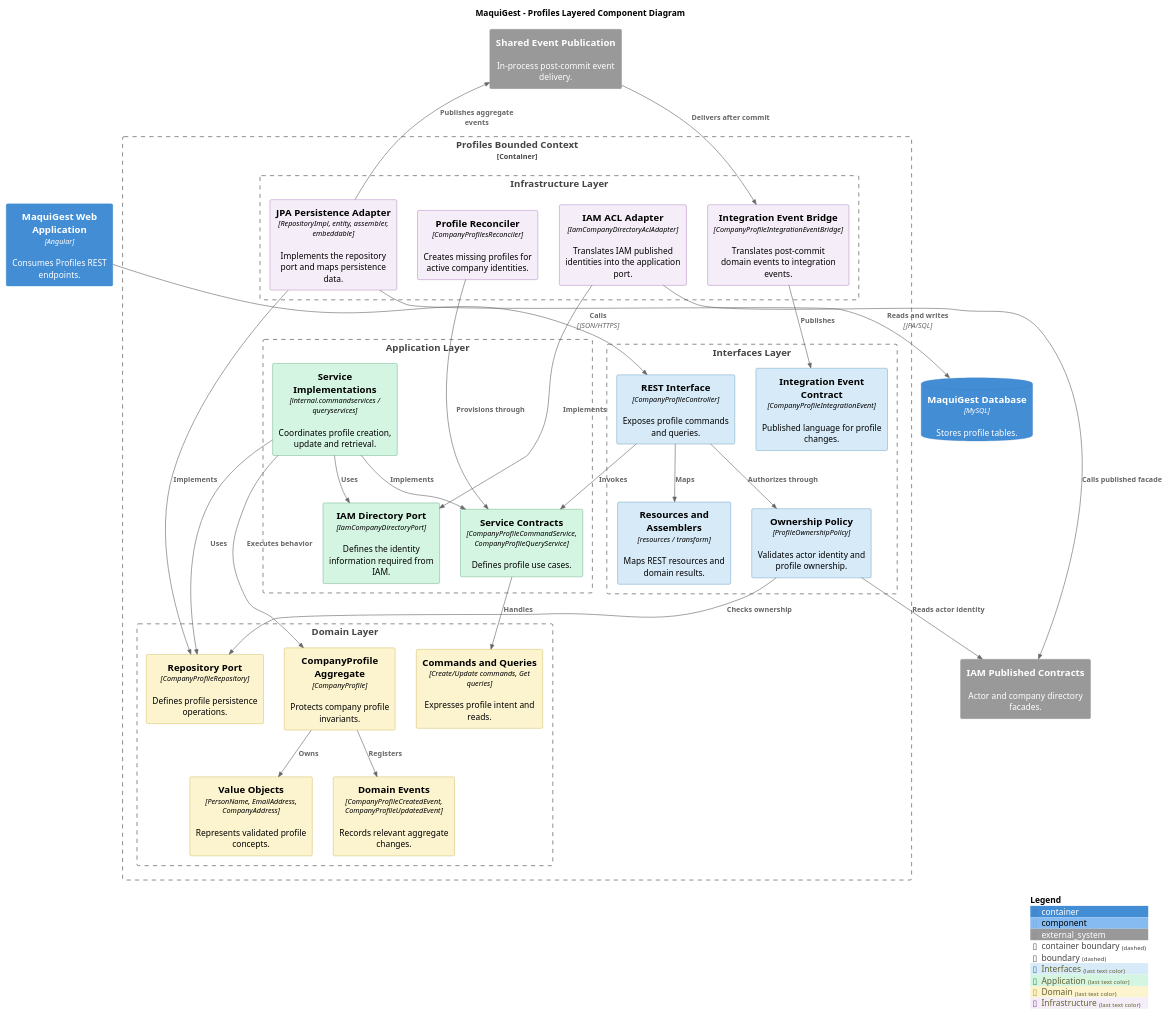
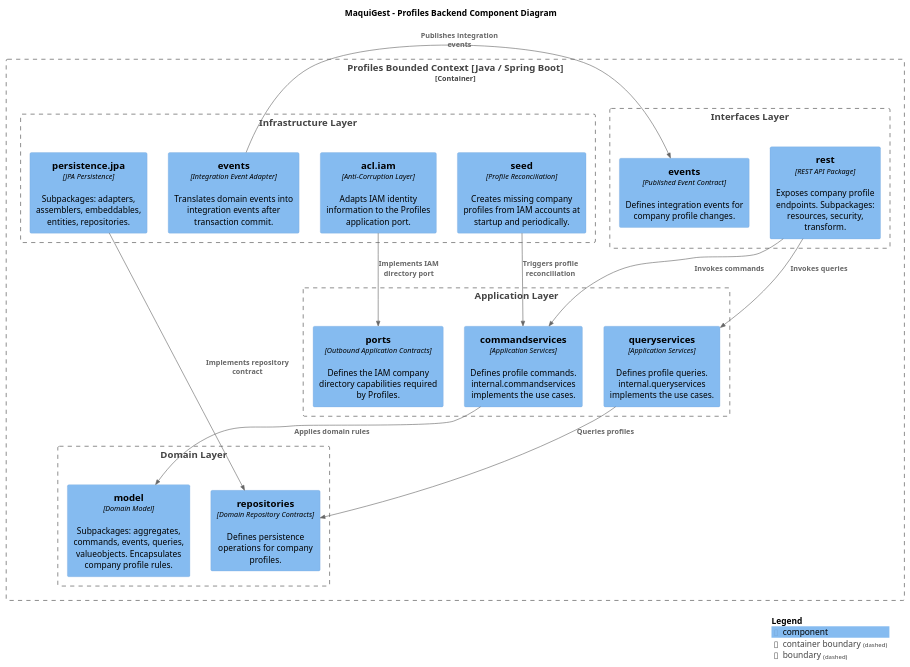
One commit to upc-pre-202620-1asi0729-7750-cleancode/maquigest-report changed the diagram in assets/plantuml/chapter-4/c4/component/backend/maquigest-backend-profiles-component-diagram.puml. Above: the diagram before and after it, drawn with PlantUML. The commit also changed other lines of this file and 13 other files, not shown here.

Commit message:
docs(diagrams): update component diagrams

```diff
--- a/assets/plantuml/chapter-4/c4/component/backend/maquigest-backend-profiles-component-diagram.puml
+++ b/assets/plantuml/chapter-4/c4/component/backend/maquigest-backend-profiles-component-diagram.puml
@@ -1,65 +2,52 @@
 @startuml
-!include _includes/C4_Component.puml
+!include <C4/C4_Component>
+
 LAYOUT_TOP_DOWN()
-AddElementTag("Interfaces", $bgColor="#D6EAF8", $borderColor="#2471A3")
-AddElementTag("Application", $bgColor="#D5F5E3", $borderColor="#1E8449")
-AddElementTag("Domain", $bgColor="#FCF3CF", $borderColor="#B7950B")
-AddElementTag("Infrastructure", $bgColor="#F5EEF8", $borderColor="#7D3C98")
-title MaquiGest - Profiles Layered Component Diagram
 
-Container(spa, "MaquiGest Web Application", "Angular", "Consumes Profiles REST endpoints.")
-System_Ext(iam, "IAM Published Contracts", "Actor and company directory facades.")
-ContainerDb(db, "MaquiGest Database", "MySQL", "Stores profile tables.")
-System_Ext(shared, "Shared Event Publication", "In-process post-commit event delivery.")
+title MaquiGest - Profiles Backend Component Diagram
 
-Container_Boundary(context, "Profiles Bounded Context") {
-  Boundary(interfaces_layer, "Interfaces Layer") {
-    Component(profilesRest, "REST Interface", "CompanyProfileController", "Exposes profile commands and queries.", $tags="Interfaces")
-    Component(profilesPolicy, "Ownership Policy", "ProfileOwnershipPolicy", "Validates actor identity and profile ownership.", $tags="Interfaces")
-    Component(profilesResources, "Resources and Assemblers", "resources / transform", "Maps REST resources and domain results.", $tags="Interfaces")
-    Component(profilesEventContract, "Integration Event Contract", "CompanyProfileIntegrationEvent", "Published language for profile changes.", $tags="Interfaces")
-  }
-  Boundary(application_layer, "Application Layer") {
-    Component(profilesServices, "Service Contracts", "CompanyProfileCommandService, CompanyProfileQueryService", "Defines profile use cases.", $tags="Application")
-    Component(profilesImpl, "Service Implementations", "internal.commandservices / queryservices", "Coordinates profile creation, update and retrieval.", $tags="Application")
-    Component(profilesIamPort, "IAM Directory Port", "IamCompanyDirectoryPort", "Defines the identity information required from IAM.", $tags="Application")
-  }
-  Boundary(domain_layer, "Domain Layer") {
-    Component(profilesAggregate, "CompanyProfile Aggregate", "CompanyProfile", "Protects company profile invariants.", $tags="Domain")
-    Component(profilesValues, "Value Objects", "PersonName, EmailAddress, CompanyAddress", "Represents validated profile concepts.", $tags="Domain")
-    Component(profilesMessages, "Commands and Queries", "Create/Update commands, Get queries", "Expresses profile intent and reads.", $tags="Domain")
-    Component(profilesEvents, "Domain Events", "CompanyProfileCreatedEvent, CompanyProfileUpdatedEvent", "Records relevant aggregate changes.", $tags="Domain")
-    Component(profilesRepo, "Repository Port", "CompanyProfileRepository", "Defines profile persistence operations.", $tags="Domain")
-  }
-  Boundary(infrastructure_layer, "Infrastructure Layer") {
-    Component(profilesPersistence, "JPA Persistence Adapter", "RepositoryImpl, entity, assembler, embeddable", "Implements the repository port and maps persistence data.", $tags="Infrastructure")
-    Component(profilesIamAdapter, "IAM ACL Adapter", "IamCompanyDirectoryAclAdapter", "Translates IAM published identities into the application port.", $tags="Infrastructure")
-    Component(profilesReconciler, "Profile Reconciler", "CompanyProfilesReconciler", "Creates missing profiles for active company identities.", $tags="Infrastructure")
-    Component(profilesBridge, "Integration Event Bridge", "CompanyProfileIntegrationEventBridge", "Translates post-commit domain events to integration events.", $tags="Infrastructure")
-  }
+Container_Boundary(profiles, "Profiles Bounded Context [Java / Spring Boot]") {
+
+    Boundary(interfaces_layer, "Interfaces Layer") {
+        Component(rest, "rest", "REST API Package", "Exposes company profile endpoints. Subpackages: resources, security, transform.")
+        Component(interface_events, "events", "Published Event Contract", "Defines integration events for company profile changes.")
+    }
+
+    Boundary(application_layer, "Application Layer") {
+        Component(app_commands, "commandservices", "Application Services", "Defines profile commands. internal.commandservices implements the use cases.")
+        Component(app_queries, "queryservices", "Application Services", "Defines profile queries. internal.queryservices implements the use cases.")
+        Component(app_ports, "ports", "Outbound Application Contracts", "Defines the IAM company directory capabilities required by Profiles.")
+    }
+
+    Boundary(domain_layer, "Domain Layer") {
+        Component(domain_model, "model", "Domain Model", "Subpackages: aggregates, commands, events, queries, valueobjects. Encapsulates company profile rules.")
+        Component(domain_repositories, "repositories", "Domain Repository Contracts", "Defines persistence operations for company profiles.")
+    }
+
+    Boundary(infrastructure_layer, "Infrastructure Layer") {
+        Component(jpa, "persistence.jpa", "JPA Persistence", "Subpackages: adapters, assemblers, embeddables, entities, repositories.")
+        Component(iam_acl, "acl.iam", "Anti-Corruption Layer", "Adapts IAM identity information to the Profiles application port.")
+        Component(event_bridge, "events", "Integration Event Adapter", "Translates domain events into integration events after transaction commit.")
+        Component(seed, "seed", "Profile Reconciliation", "Creates missing company profiles from IAM accounts at startup and periodically.")
+    }
 }
 
-Rel(spa, profilesRest, "Calls", "JSON/HTTPS")
-Rel(profilesRest, profilesPolicy, "Authorizes through")
-Rel(profilesPolicy, iam, "Reads actor identity")
-Rel(profilesPolicy, profilesRepo, "Checks ownership")
-Rel(profilesRest, profilesResources, "Maps")
-Rel(profilesRest, profilesServices, "Invokes")
-Rel(profilesImpl, profilesServices, "Implements")
-Rel(profilesImpl, profilesAggregate, "Executes behavior")
-Rel(profilesImpl, profilesRepo, "Uses")
-Rel(profilesImpl, profilesIamPort, "Uses")
-Rel(profilesServices, profilesMessages, "Handles")
-Rel(profilesAggregate, profilesValues, "Owns")
-Rel(profilesAggregate, profilesEvents, "Registers")
-Rel(profilesPersistence, profilesRepo, "Implements")
-Rel(profilesPersistence, db, "Reads and writes", "JPA/SQL")
-Rel(profilesIamAdapter, profilesIamPort, "Implements")
-Rel(profilesIamAdapter, iam, "Calls published facade")
-Rel(profilesReconciler, profilesServices, "Provisions through")
-Rel(profilesPersistence, shared, "Publishes aggregate events")
-Rel(shared, profilesBridge, "Delivers after commit")
-Rel(profilesBridge, profilesEventContract, "Publishes")
+Rel(rest, app_commands, "Invokes commands")
+Rel(rest, app_queries, "Invokes queries")
+
+Rel(app_commands, domain_model, "Applies domain rules")
+Rel(app_queries, domain_repositories, "Queries profiles")
+
+Rel(jpa, domain_repositories, "Implements repository contract")
+Rel(iam_acl, app_ports, "Implements IAM directory port")
+
+Rel(event_bridge, interface_events, "Publishes integration events")
+Rel(seed, app_commands, "Triggers profile reconciliation")
+
+Lay_D(rest, app_commands)
+Lay_D(app_commands, domain_model)
+Lay_D(domain_model, jpa)
 
 SHOW_LEGEND()
+
 @enduml
```
